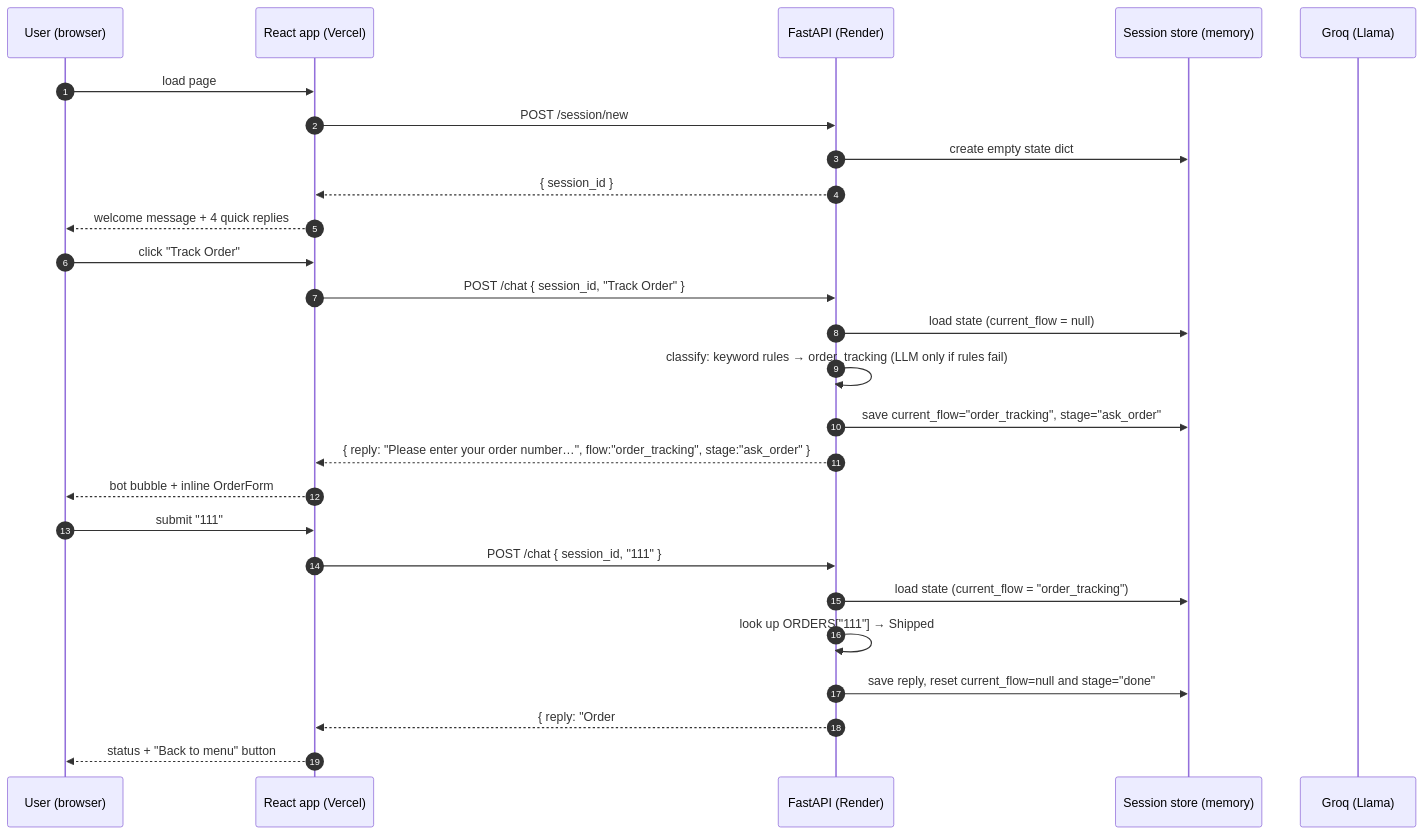
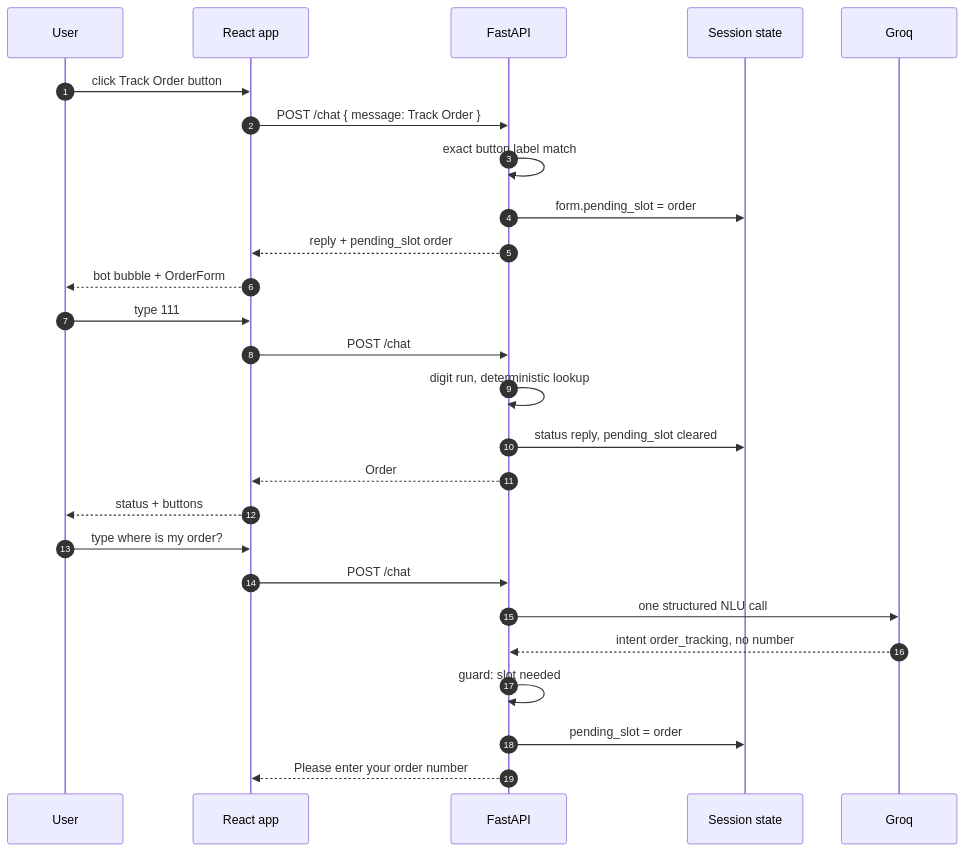
The third of 9 diagrams in architecture.md (pkbros/cutomerBot2), drawn with Mermaid before and after one commit. The commit also changed other lines of this file and 19 other files, not shown here.

````diff
--- a/architecture.md
+++ b/architecture.md
@@ -93,31 +94,31 @@
 ```mermaid
 sequenceDiagram
     autonumber
-    participant U as User (browser)
-    participant F as React app (Vercel)
-    participant B as FastAPI (Render)
-    participant S as Session store (memory)
-    participant G as Groq (Llama)
+    participant U as User
+    participant F as React app
+    participant B as FastAPI
+    participant S as Session state
+    participant G as Groq
 
-    U->>F: load page
-    F->>B: POST /session/new
-    B->>S: create empty state dict
-    B-->>F: { session_id }
-    F-->>U: welcome message + 4 quick replies
+    U->>F: click Track Order button
+    F->>B: POST /chat { message: Track Order }
+    B->>B: exact button label match
+    B->>S: form.pending_slot = order
+    B-->>F: reply + pending_slot order
+    F-->>U: bot bubble + OrderForm
 
-    U->>F: click "Track Order"
-    F->>B: POST /chat { session_id, "Track Order" }
-    B->>S: load state (current_flow = null)
-    B->>B: classify: keyword rules → order_tracking (LLM only if rules fail)
-    B->>S: save current_flow="order_tracking", stage="ask_order"
-    B-->>F: { reply: "Please enter your order number…", flow:"order_tracking", stage:"ask_order" }
-    F-->>U: bot bubble + inline OrderForm
+    U->>F: type 111
+    F->>B: POST /chat
+    B->>B: digit run, deterministic lookup
+    B->>S: status reply, pending_slot cleared
+    B-->>F: Order #111 is Shipped + Back to menu
+    F-->>U: status + buttons
 
-    U->>F: submit "111"
-    F->>B: POST /chat { session_id, "111" }
-    B->>S: load state (current_flow = "order_tracking")
-    B->>B: look up ORDERS["111"] → Shipped
-    B->>S: save reply, reset current_flow=null and stage="done"
-    B-->>F: { reply: "Order #111 is Shipped. Arriving tomorrow", quick_replies:["Back to menu"] }
-    F-->>U: status + "Back to menu" button
+    U->>F: type where is my order?
+    F->>B: POST /chat
+    B->>G: one structured NLU call
+    G-->>B: intent order_tracking, no number
+    B->>B: guard: slot needed
+    B->>S: pending_slot = order
+    B-->>F: Please enter your order number
 ```
````
